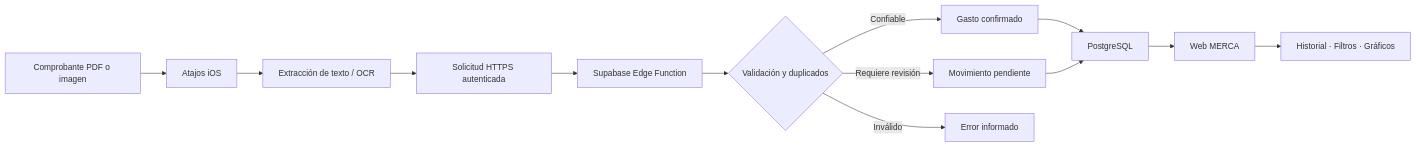
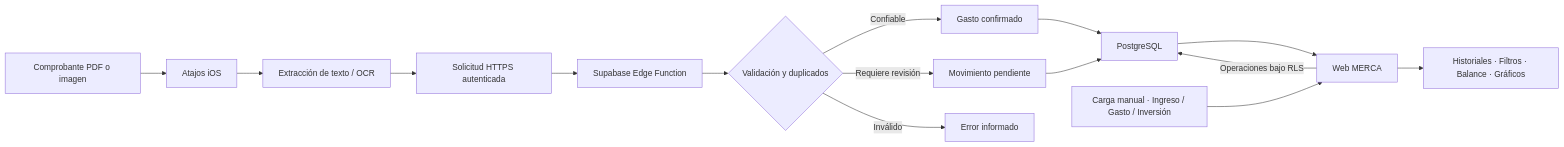
The first of 2 diagrams in README.md (BaltazarPatane/MERCA---APP), drawn with Mermaid before and after one commit. The commit also changed other lines of this file, not shown here.

````diff
--- a/README.md
+++ b/README.md
@@ -65,15 +65,17 @@
 ```mermaid
 flowchart LR
     A["Comprobante PDF o imagen"] --> B["Atajos iOS"]
     B --> C["Extracción de texto / OCR"]
     C --> D["Solicitud HTTPS autenticada"]
     D --> E["Supabase Edge Function"]
     E --> F{"Validación y duplicados"}
     F -->|Confiable| G["Gasto confirmado"]
     F -->|Requiere revisión| H["Movimiento pendiente"]
     F -->|Inválido| I["Error informado"]
     G --> J["PostgreSQL"]
     H --> J
     J --> K["Web MERCA"]
-    K --> L["Historial · Filtros · Gráficos"]
+    M["Carga manual · Ingreso / Gasto / Inversión"] --> K
+    K -->|"Operaciones bajo RLS"| J
+    K --> L["Historiales · Filtros · Balance · Gráficos"]
 ```
````
